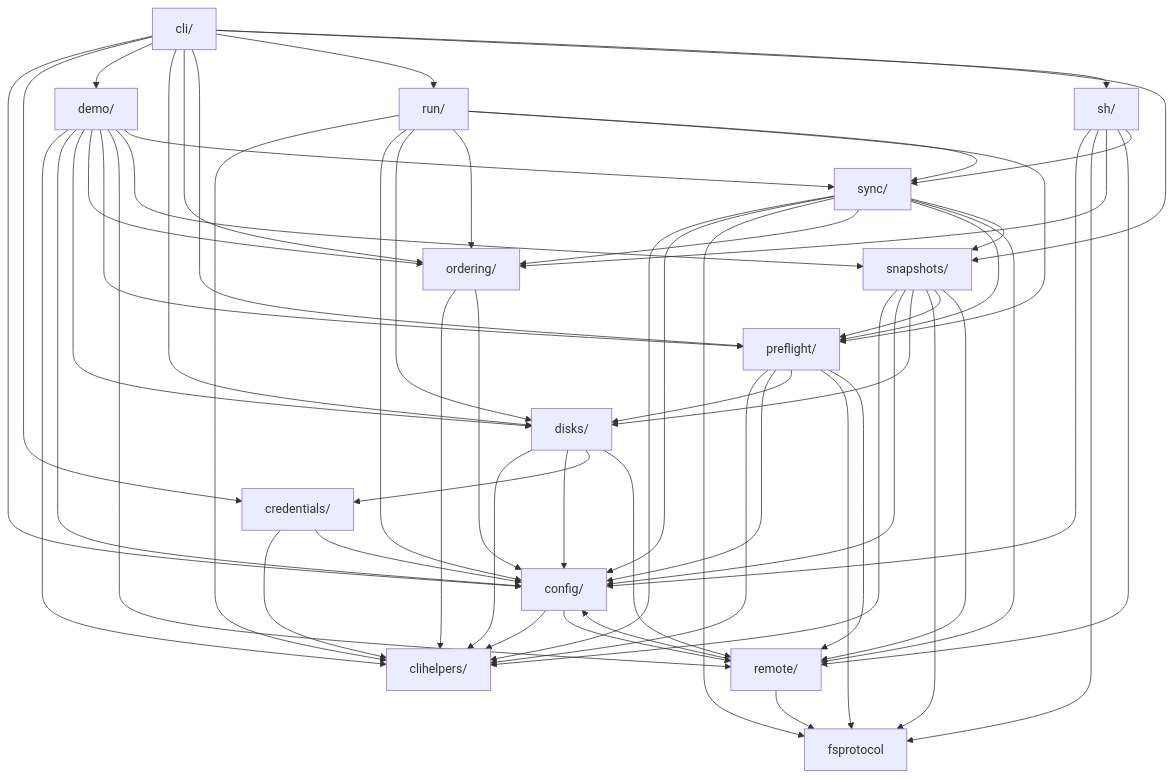
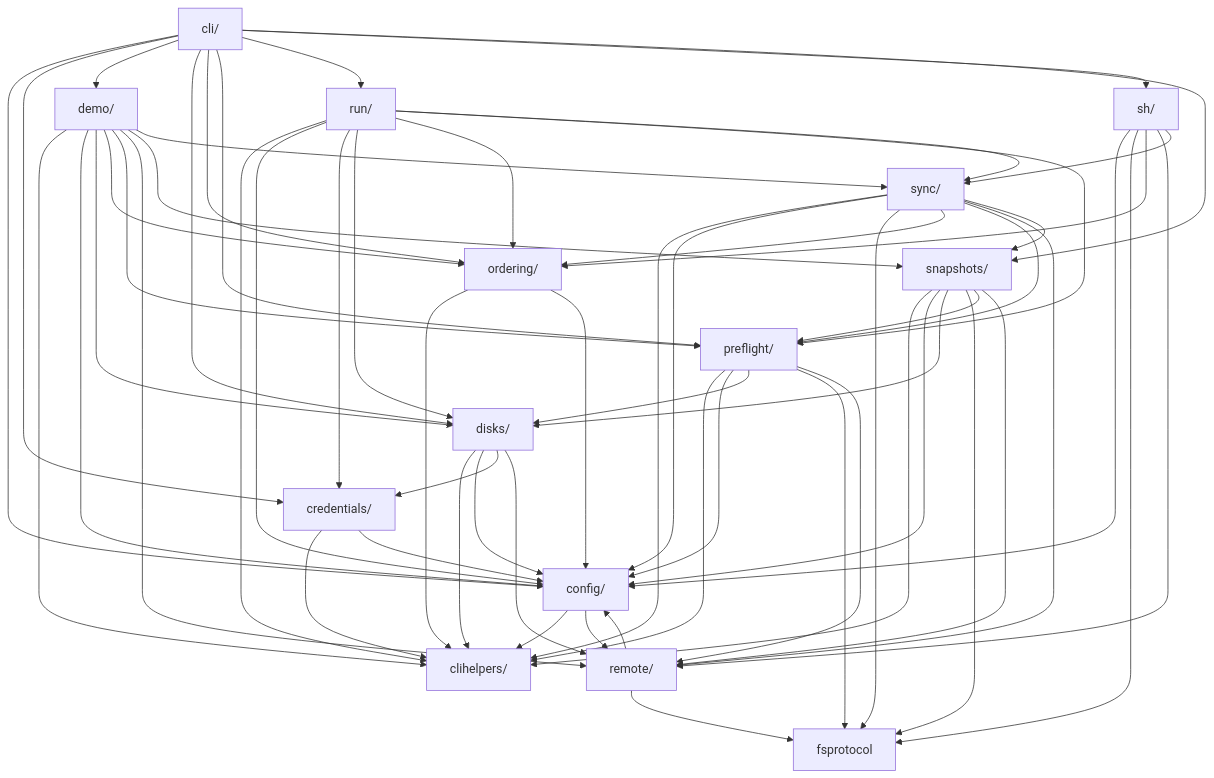
The diagram in docs/architecture.md (iglootools/nbkp), drawn with Mermaid before and after one commit. The commit also changed 12 other files, not shown here.

````diff
--- a/docs/architecture.md
+++ b/docs/architecture.md
@@ -40,76 +40,77 @@
 ```mermaid
 graph TD
     cli["cli/"]
     clihelpers["clihelpers/"]
     config["config/"]
     credentials["credentials/"]
     demo["demo/"]
     disks["disks/"]
     fsprotocol["fsprotocol"]
     ordering["ordering/"]
     preflight["preflight/"]
     remote["remote/"]
     run["run/"]
     sh["sh/"]
     snapshots["snapshots/"]
     sync["sync/"]
 
     cli --> config
     cli --> credentials
     cli --> demo
     cli --> disks
     cli --> ordering
     cli --> preflight
     cli --> run
     cli --> sh
     cli --> snapshots
     config --> clihelpers
     config --> remote
     credentials --> clihelpers
     credentials --> config
     demo --> clihelpers
     demo --> config
     demo --> disks
     demo --> ordering
     demo --> preflight
     demo --> remote
     demo --> snapshots
     demo --> sync
     disks --> clihelpers
     disks --> config
     disks --> credentials
     disks --> remote
     ordering --> clihelpers
     ordering --> config
     preflight --> clihelpers
     preflight --> config
     preflight --> disks
     preflight --> fsprotocol
     preflight --> remote
     remote --> config
     remote --> fsprotocol
     run --> clihelpers
     run --> config
+    run --> credentials
     run --> disks
     run --> ordering
     run --> preflight
     run --> sync
     sh --> config
     sh --> fsprotocol
     sh --> ordering
     sh --> remote
     sh --> sync
     snapshots --> clihelpers
     snapshots --> config
     snapshots --> disks
     snapshots --> fsprotocol
     snapshots --> preflight
     snapshots --> remote
     sync --> clihelpers
     sync --> config
     sync --> fsprotocol
     sync --> ordering
     sync --> preflight
     sync --> remote
     sync --> snapshots
 ```
````
